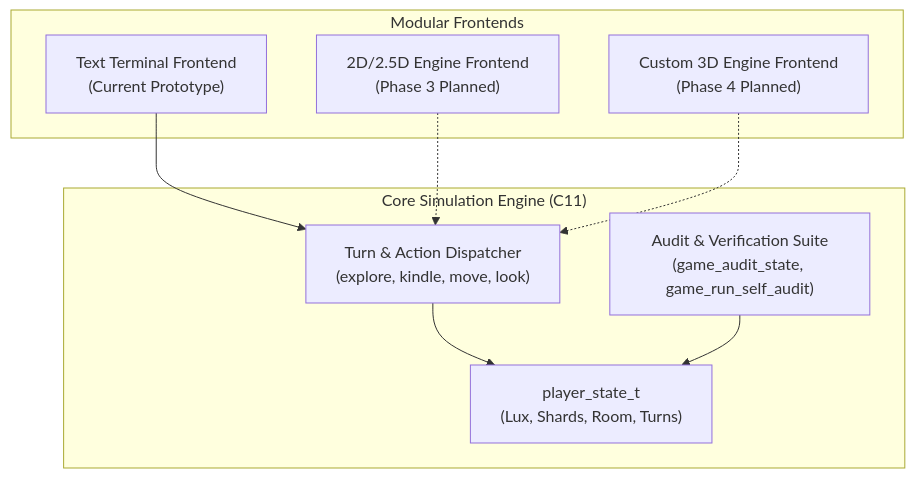
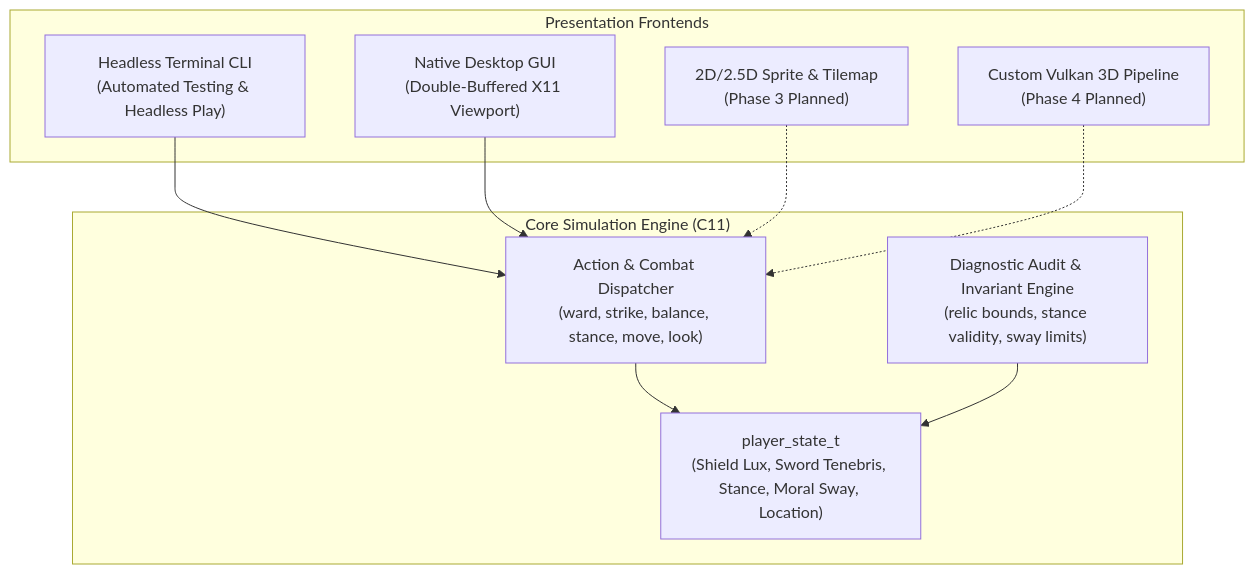
The diagram in docs/ARCHITECTURE.md (Novaking34/Tenebris-and-Lux), drawn with Mermaid before and after one commit. The commit also changed other lines of this file and 11 other files, not shown here.

````diff
--- a/docs/ARCHITECTURE.md
+++ b/docs/ARCHITECTURE.md
@@ -13,20 +15,22 @@
 ```mermaid
 flowchart TD
     subgraph CoreSimulation ["Core Simulation Engine (C11)"]
-        State["player_state_t\n(Lux, Shards, Room, Turns)"]
-        TurnEngine["Turn & Action Dispatcher\n(explore, kindle, move, look)"]
-        AuditEngine["Audit & Verification Suite\n(game_audit_state, game_run_self_audit)"]
+        State["player_state_t\n(Shield Lux, Sword Tenebris, Stance, Moral Sway, Location)"]
+        ActionEngine["Action & Combat Dispatcher\n(ward, strike, balance, stance, move, look)"]
+        AuditEngine["Diagnostic Audit & Invariant Engine\n(relic bounds, stance validity, sway limits)"]
     end
 
-    subgraph Frontends ["Modular Frontends"]
-        CLI["Text Terminal Frontend\n(Current Prototype)"]
-        Renderer2D["2D/2.5D Engine Frontend\n(Phase 3 Planned)"]
-        Renderer3D["Custom 3D Engine Frontend\n(Phase 4 Planned)"]
+    subgraph Frontends ["Presentation Frontends"]
+        CLI["Headless Terminal CLI\n(Automated Testing & Headless Play)"]
+        GUI["Native Desktop GUI\n(Double-Buffered X11 Viewport)"]
+        Renderer2D["2D/2.5D Sprite & Tilemap\n(Phase 3 Planned)"]
+        Renderer3D["Custom Vulkan 3D Pipeline\n(Phase 4 Planned)"]
     end
 
-    CLI --> TurnEngine
-    Renderer2D -.-> TurnEngine
-    Renderer3D -.-> TurnEngine
-    TurnEngine --> State
+    CLI --> ActionEngine
+    GUI --> ActionEngine
+    Renderer2D -.-> ActionEngine
+    Renderer3D -.-> ActionEngine
+    ActionEngine --> State
     AuditEngine --> State
 ```
````
